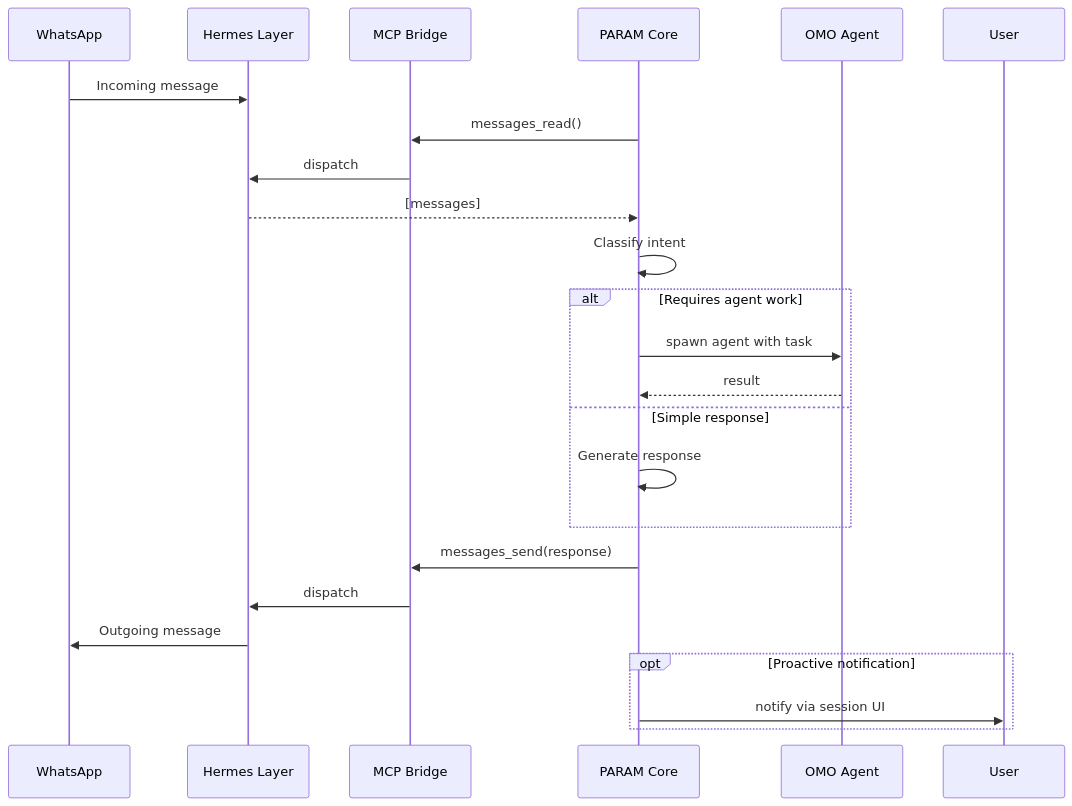
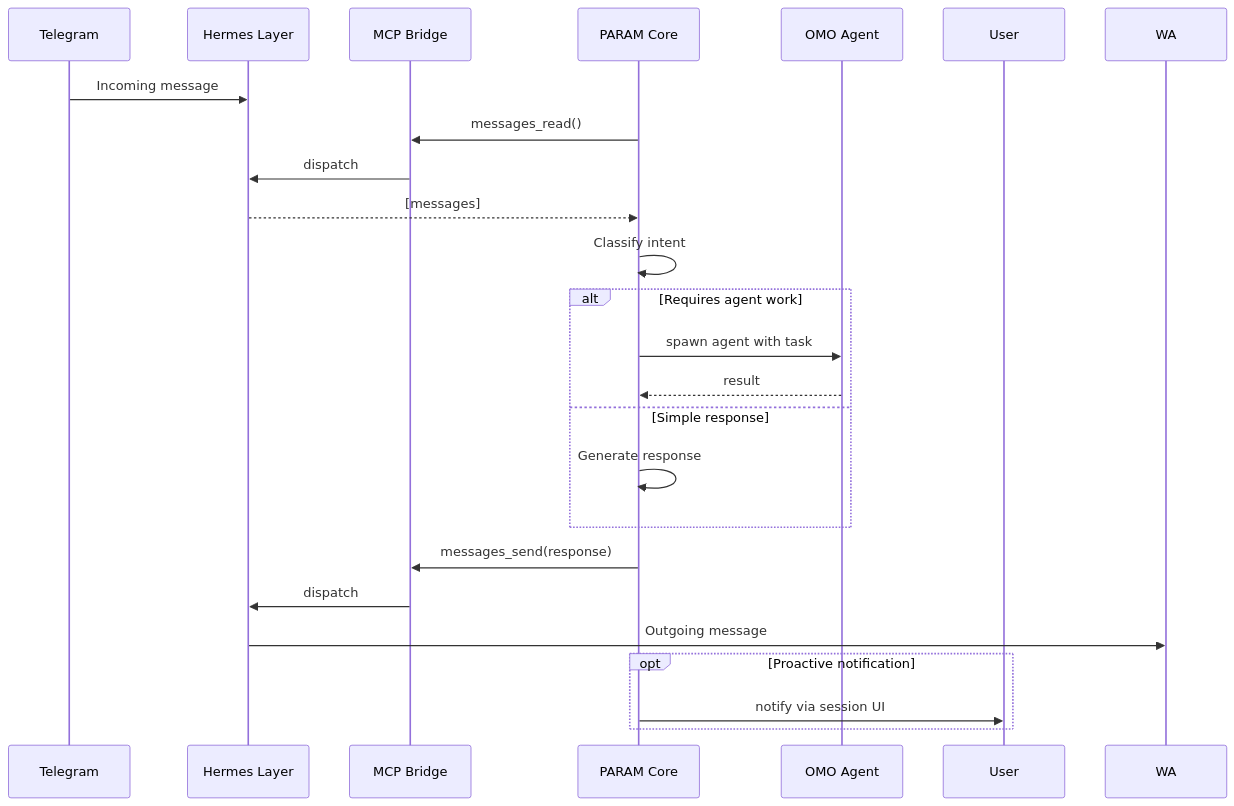
The fourth of 6 diagrams in specs/ARCHITECTURE.md (gajendravaradhan/persistent-agentic-reasoning-automation-mesh), drawn with Mermaid before and after one commit. The commit also changed other lines of this file and 3 other files, not shown here.

````diff
--- a/specs/ARCHITECTURE.md
+++ b/specs/ARCHITECTURE.md
@@ -202,30 +202,30 @@
 ```mermaid
 sequenceDiagram
-    participant WA as WhatsApp
+    participant TG as Telegram
     participant HERMES as Hermes Layer
     participant MCP as MCP Bridge
     participant PARAM as PARAM Core
     participant OMO as OMO Agent
     participant USER as User
 
-    WA->>HERMES: Incoming message
+    TG->>HERMES: Incoming message
     PARAM->>MCP: messages_read()
     MCP->>HERMES: dispatch
     HERMES-->>PARAM: [messages]
 
     PARAM->>PARAM: Classify intent
     alt Requires agent work
         PARAM->>OMO: spawn agent with task
         OMO-->>PARAM: result
     else Simple response
         PARAM->>PARAM: Generate response
     end
 
     PARAM->>MCP: messages_send(response)
     MCP->>HERMES: dispatch
     HERMES->>WA: Outgoing message
 
     opt Proactive notification
         PARAM->>USER: notify via session UI
     end
 ```
````
